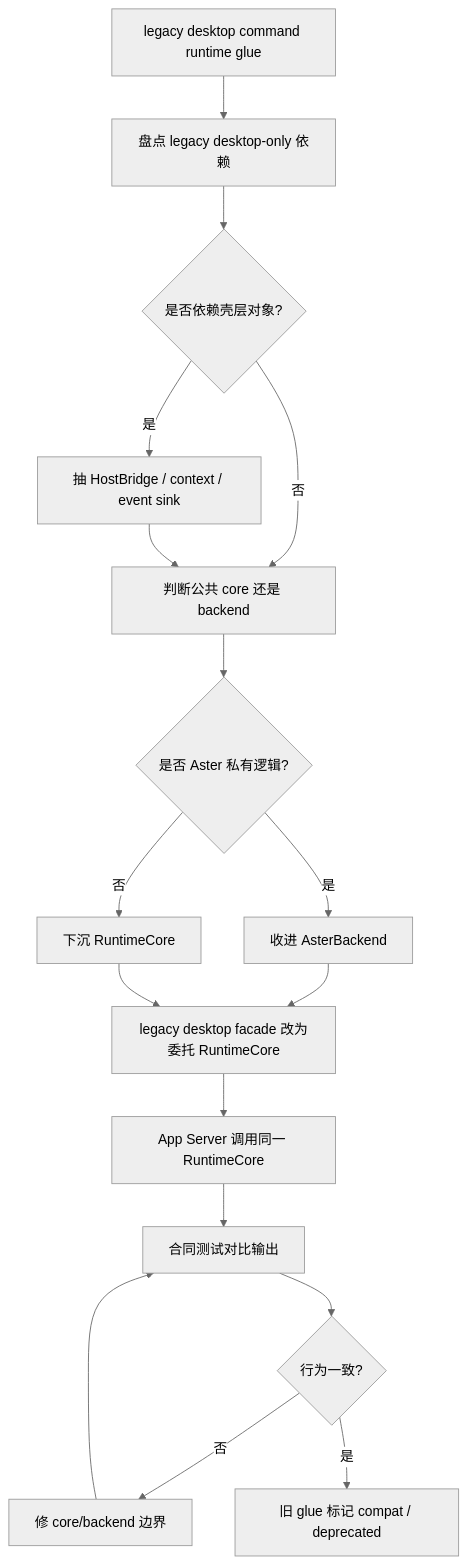
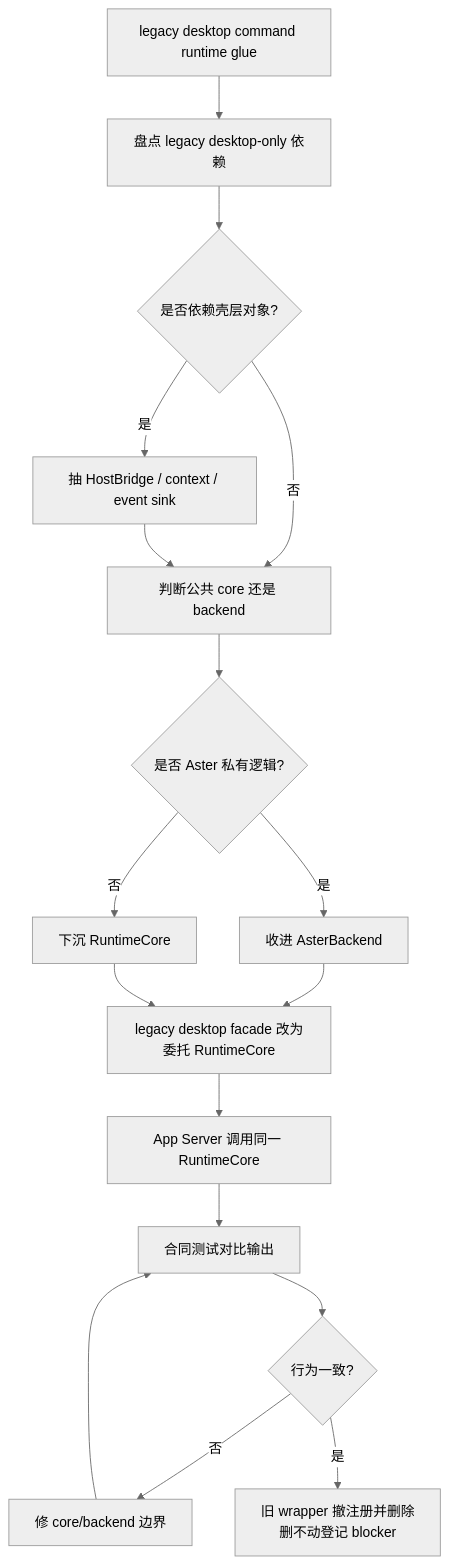
One commit to jiujuan/lime changed the third of 9 diagrams in internal/roadmap/appserver/flowcharts.md. Above: the diagram before and after it, drawn with Mermaid (neutral theme). The commit also changed other lines of this file and 111 other files, not shown here.

````diff
--- a/internal/roadmap/appserver/flowcharts.md
+++ b/internal/roadmap/appserver/flowcharts.md
@@ -45,19 +45,19 @@
 ```mermaid
 flowchart TD
     A["legacy desktop command runtime glue"] --> B["盘点 legacy desktop-only 依赖"]
     B --> C{"是否依赖壳层对象?"}
     C -- 是 --> D["抽 HostBridge / context / event sink"]
     C -- 否 --> E["判断公共 core 还是 backend"]
     D --> E
     E --> F{"是否 Aster 私有逻辑?"}
     F -- 是 --> G["收进 AsterBackend"]
     F -- 否 --> H["下沉 RuntimeCore"]
     G --> I["legacy desktop facade 改为委托 RuntimeCore"]
     H --> I
     I --> J["App Server 调用同一 RuntimeCore"]
     J --> K["合同测试对比输出"]
     K --> L{"行为一致?"}
     L -- 否 --> M["修 core/backend 边界"]
     M --> K
-    L -- 是 --> N["旧 glue 标记 compat / deprecated"]
+    L -- 是 --> N["旧 wrapper 撤注册并删除<br/>删不动登记 blocker"]
 ```
````
